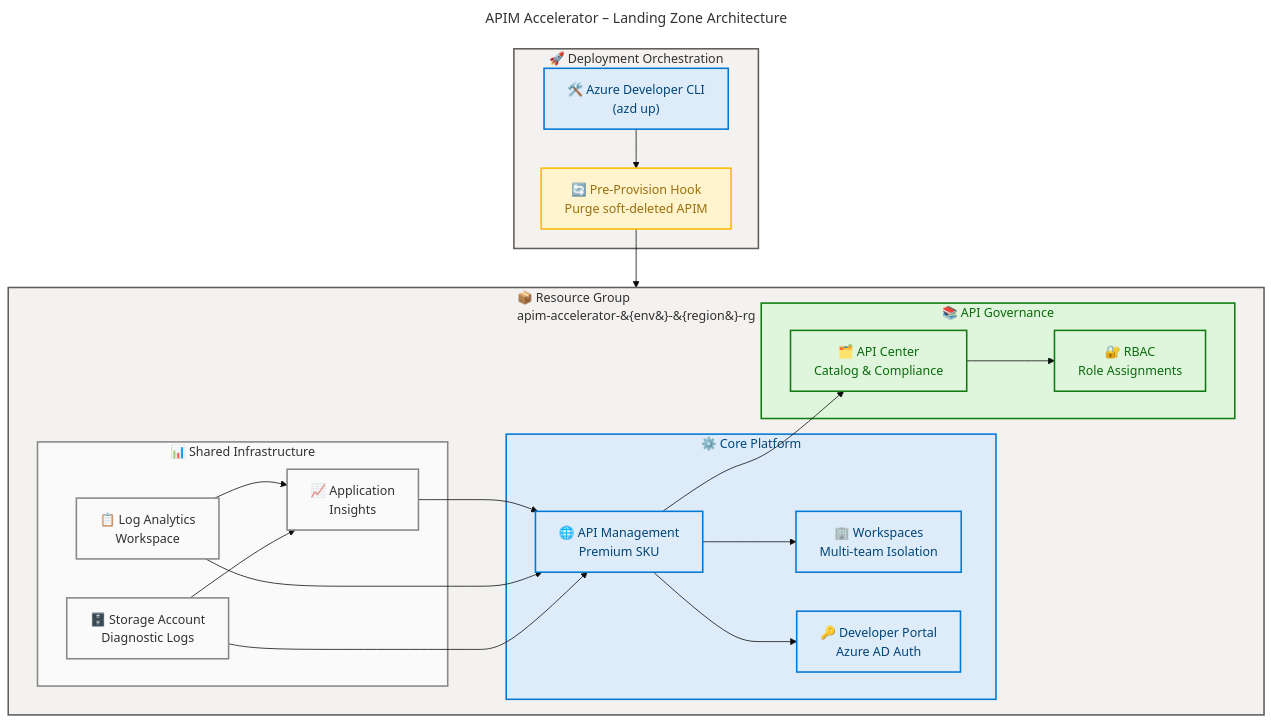
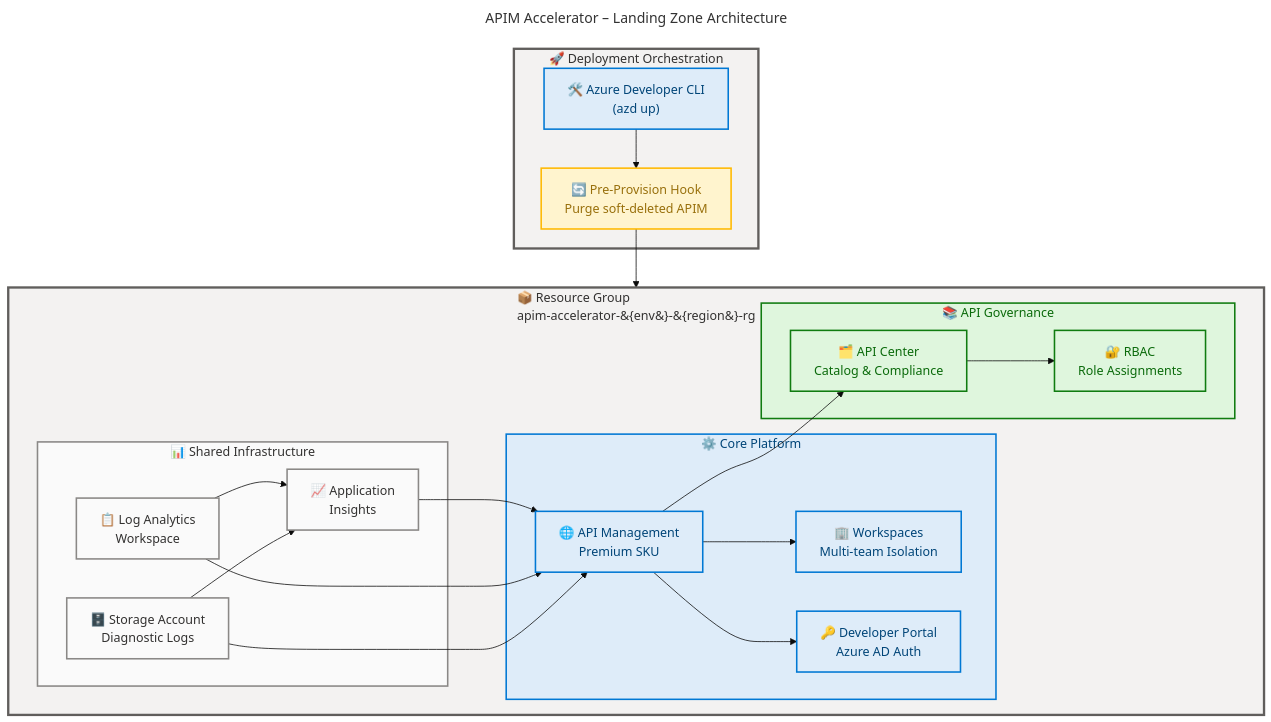
One commit to Evilazaro/APIM-Accelerator changed the diagram in README.md. Above: the diagram before and after it, drawn with Mermaid.

Commit message:
Enhance README.md: Add color scheme documentation and update flowchart styles for improved clarity

````diff
--- a/README.md
+++ b/README.md
@@ -70,6 +70,13 @@
     %% PHASE 4 - ACCESSIBILITY: accTitle/accDescr present, icons on all nodes
     %% PHASE 5 - STANDARD: Governance block present, classDefs centralized
     %% ═══════════════════════════════════════════════════════════════════════════
+
+    %% STANDARD COLOR SCHEME v2.1
+    %% COLOR SCHEME DOCUMENTATION
+    %% Level 1 (Main Groups): fill:#F3F2F1, stroke:#605E5C, stroke-width:3px
+    %% Level 2 (Nested): semantic fill per function, stroke-width:2px
+    %% Semantic: core=#DEECF9, success=#DFF6DD, warning=#FFF4CE, neutral=#FAFAFA
+    %% Palette: danger=#FDE7E9, data=#E1DFDD, external=#F3F2F1
 
     subgraph Orchestration["🚀 Deployment Orchestration"]
         AZD["🛠️ Azure Developer CLI<br/>(azd up)"]:::core
@@ -106,15 +113,19 @@
     APIM --> AC
     AC --> RBAC
 
-    style Orchestration fill:#F3F2F1,stroke:#605E5C,stroke-width:2px,color:#323130
-    style RG fill:#F3F2F1,stroke:#605E5C,stroke-width:2px,color:#323130
+    %% Subgraph styling (5 subgraphs = 5 style directives)
+    style Orchestration fill:#F3F2F1,stroke:#605E5C,stroke-width:3px,color:#323130
+    style RG fill:#F3F2F1,stroke:#605E5C,stroke-width:3px,color:#323130
     style Shared fill:#FAFAFA,stroke:#8A8886,stroke-width:2px,color:#323130
     style Core fill:#DEECF9,stroke:#0078D4,stroke-width:2px,color:#004578
     style Inventory fill:#DFF6DD,stroke:#107C10,stroke-width:2px,color:#0B6A0B
 
-    %% Centralized semantic classDefs (Phase 5 compliant)
+    %% Centralized semantic classDefs (Phase 5 compliant — 7 canonical)
     classDef core fill:#DEECF9,stroke:#0078D4,stroke-width:2px,color:#004578
     classDef success fill:#DFF6DD,stroke:#107C10,stroke-width:2px,color:#0B6A0B
     classDef warning fill:#FFF4CE,stroke:#FFB900,stroke-width:2px,color:#986F0B
+    classDef danger fill:#FDE7E9,stroke:#E81123,stroke-width:2px,color:#A4262C
     classDef neutral fill:#FAFAFA,stroke:#8A8886,stroke-width:2px,color:#323130
+    classDef data fill:#E1DFDD,stroke:#8378DE,stroke-width:2px,color:#5B5FC7
+    classDef external fill:#F3F2F1,stroke:#605E5C,stroke-width:2px,color:#323130
 ```
````
